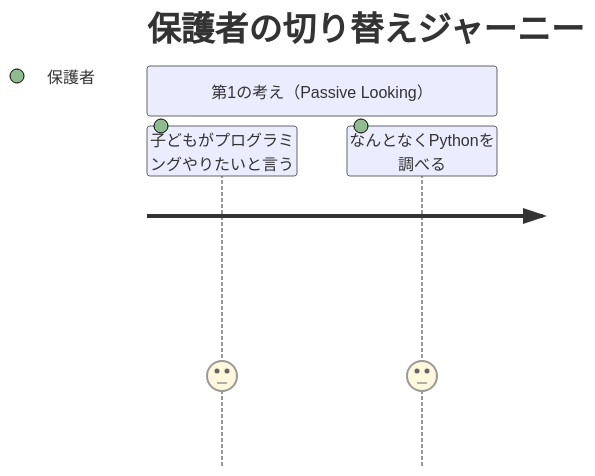
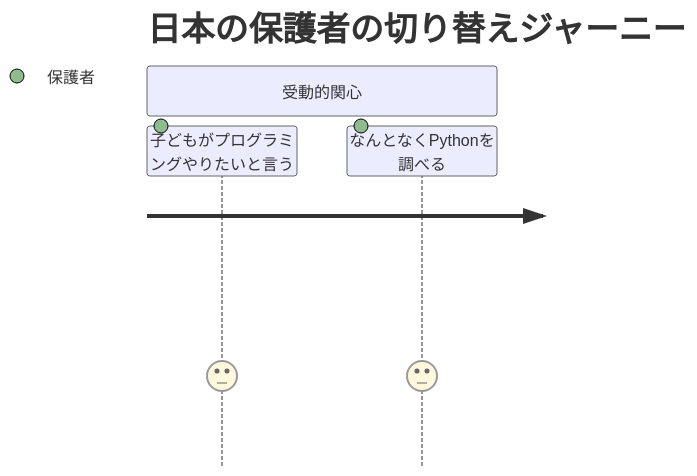
One commit to tatsuro-ueda/kids-python changed the seventh of 17 diagrams in docs/customer-problems.md. Above: the diagram before and after it, drawn with Mermaid. The commit also changed other lines of this file and 1 other file, not shown here.

````diff
--- a/docs/customer-problems.md
+++ b/docs/customer-problems.md
@@ -259,7 +282,7 @@
 ```mermaid
 journey
-    title 保護者の切り替えジャーニー
-    section 第1の考え（Passive Looking）
+    title 日本の保護者の切り替えジャーニー
+    section 受動的関心
       子どもがプログラミングやりたいと言う: 3: 保護者
       なんとなくPythonを調べる: 3: 保護者
 ```
````
